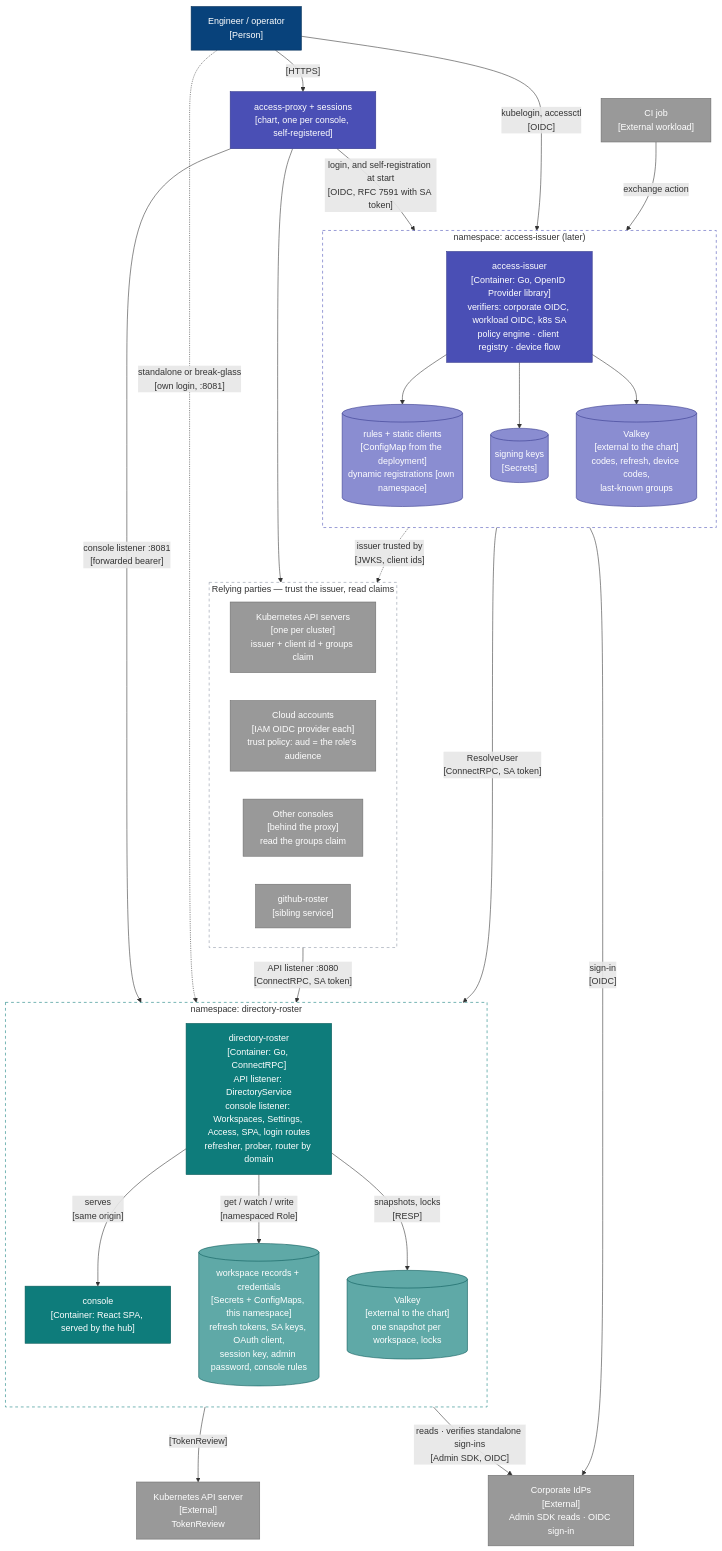
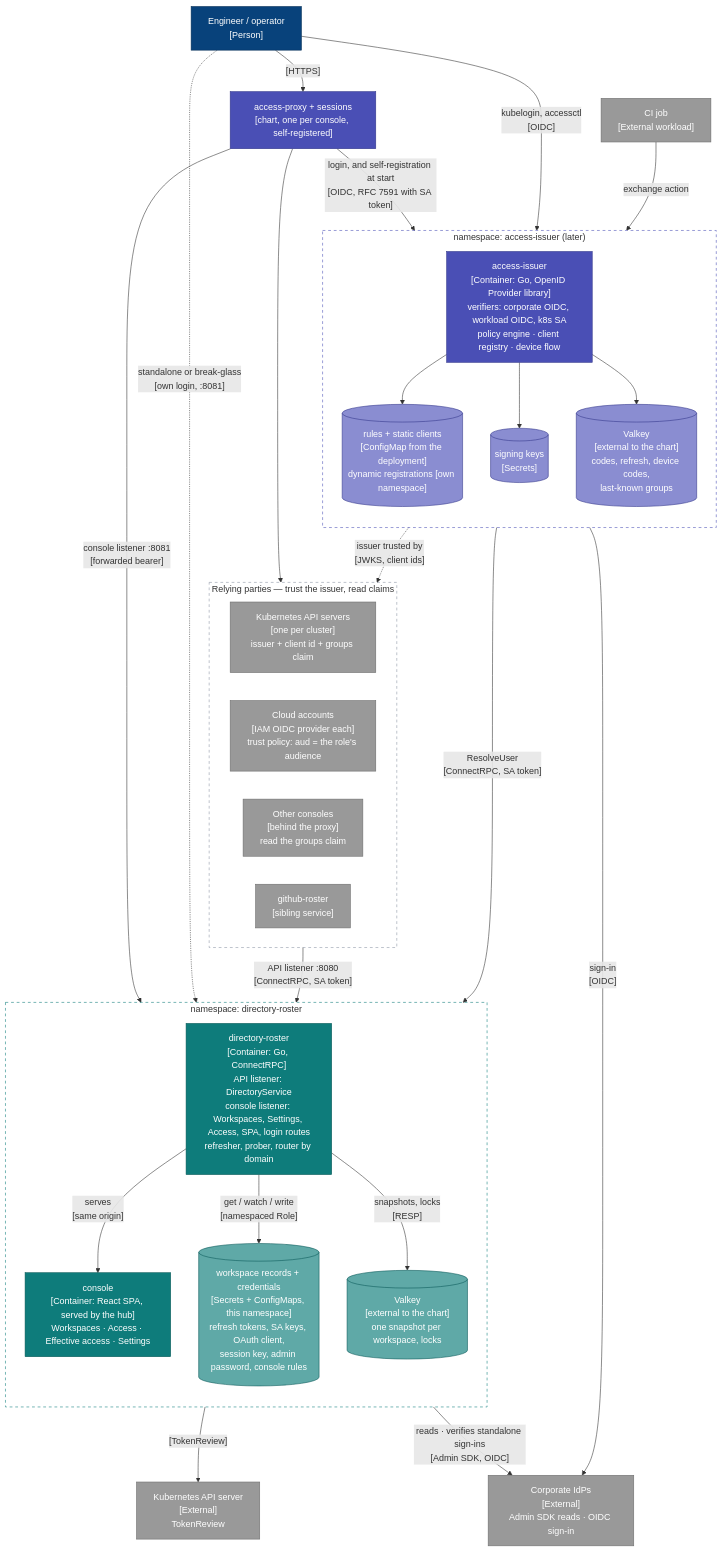
One commit to truvity/access-roster changed the second of 11 diagrams in docs/architecture.md. Above: the diagram before and after it, drawn with Mermaid. The commit also changed 6 other files, not shown here.

First line of the commit message:
docs: the policy as built — membership editing, effective access, the hold window

````diff
--- a/docs/architecture.md
+++ b/docs/architecture.md
@@ -81,64 +81,64 @@
 ```mermaid
 flowchart TB
   eng["Engineer / operator<br/>[Person]"]:::person
   ci["CI job<br/>[External workload]"]:::ext
   proxy["access-proxy + sessions<br/>[chart, one per console, self-registered]"]:::token
   idp["Corporate IdPs<br/>[External]<br/>Admin SDK reads · OIDC sign-in"]:::ext
   kapi["Kubernetes API server<br/>[External]<br/>TokenReview"]:::ext
 
   subgraph nsTs["namespace: access-issuer (later)"]
     direction TB
     ts["access-issuer<br/>[Container: Go, OpenID Provider library]<br/>verifiers: corporate OIDC, workload OIDC, k8s SA<br/>policy engine · client registry · device flow"]:::token
     rules[("rules + static clients<br/>[ConfigMap from the deployment]<br/>dynamic registrations [own namespace]")]:::tokenStore
     keys[("signing keys<br/>[Secrets]")]:::tokenStore
     tsv[("Valkey<br/>[external to the chart]<br/>codes, refresh, device codes,<br/>last-known groups")]:::tokenStore
   end
 
   subgraph nsHub["namespace: directory-roster"]
     direction TB
     hub["directory-roster<br/>[Container: Go, ConnectRPC]<br/>API listener: DirectoryService<br/>console listener: Workspaces, Settings, Access, SPA, login routes<br/>refresher, prober, router by domain"]:::hub
-    spa["console<br/>[Container: React SPA, served by the hub]"]:::hub
+    spa["console<br/>[Container: React SPA, served by the hub]<br/>Workspaces · Access · Effective access · Settings"]:::hub
     k8s[("workspace records + credentials<br/>[Secrets + ConfigMaps, this namespace]<br/>refresh tokens, SA keys, OAuth client,<br/>session key, admin password, console rules")]:::hubStore
     hv[("Valkey<br/>[external to the chart]<br/>one snapshot per workspace, locks")]:::hubStore
   end
 
   subgraph rp["Relying parties — trust the issuer, read claims"]
     direction LR
     k8sapi["Kubernetes API servers<br/>[one per cluster]<br/>issuer + client id + groups claim"]:::ext
     cloud["Cloud accounts<br/>[IAM OIDC provider each]<br/>trust policy: aud = the role's audience"]:::ext
     consoles["Other consoles<br/>[behind the proxy]<br/>read the groups claim"]:::ext
     roster["github-roster<br/>[sibling service]"]:::ext
   end
 
   eng -- "[HTTPS]" --> proxy
   proxy -- "login, and self-registration at start<br/>[OIDC, RFC 7591 with SA token]" --> ts
   proxy -- "console listener :8081<br/>[forwarded bearer]" --> hub
   proxy --> consoles
   eng -. "standalone or break-glass<br/>[own login, :8081]" .-> hub
   eng -- "kubelogin, accessctl<br/>[OIDC]" --> ts
   ci -- "exchange action" --> ts
   ts -- "sign-in<br/>[OIDC]" --> idp
   ts -- "ResolveUser<br/>[ConnectRPC, SA token]" --> hub
   ts --> rules
   ts --> keys
   ts --> tsv
   ts -. "issuer trusted by<br/>[JWKS, client ids]" .-> rp
   hub -- "serves<br/>[same origin]" --> spa
   hub -- "[TokenReview]" --> kapi
   hub -- "get / watch / write<br/>[namespaced Role]" --> k8s
   hub -- "snapshots, locks<br/>[RESP]" --> hv
   hub -- "reads · verifies standalone sign-ins<br/>[Admin SDK, OIDC]" --> idp
   roster -- "API listener :8080<br/>[ConnectRPC, SA token]" --> hub
 
   classDef person fill:#08427b,stroke:#052e56,color:#fff
   classDef system fill:#1168bd,stroke:#0b4884,color:#fff
   classDef ext fill:#999999,stroke:#6b6b6b,color:#fff
   classDef hub fill:#0E7C7B,stroke:#0A5958,color:#fff
   classDef hubStore fill:#5FA9A7,stroke:#0A5958,color:#fff
   classDef token fill:#4A4FB5,stroke:#33378A,color:#fff
   classDef tokenStore fill:#8A8DD1,stroke:#33378A,color:#fff
   classDef component fill:#85bbf0,stroke:#5d82a8,color:#000
   style nsTs fill:none,stroke:#4A4FB5,stroke-dasharray:5 5
   style nsHub fill:none,stroke:#0E7C7B,stroke-dasharray:5 5
   style rp fill:none,stroke:#8A93A3,stroke-dasharray:5 5
 ```
````
